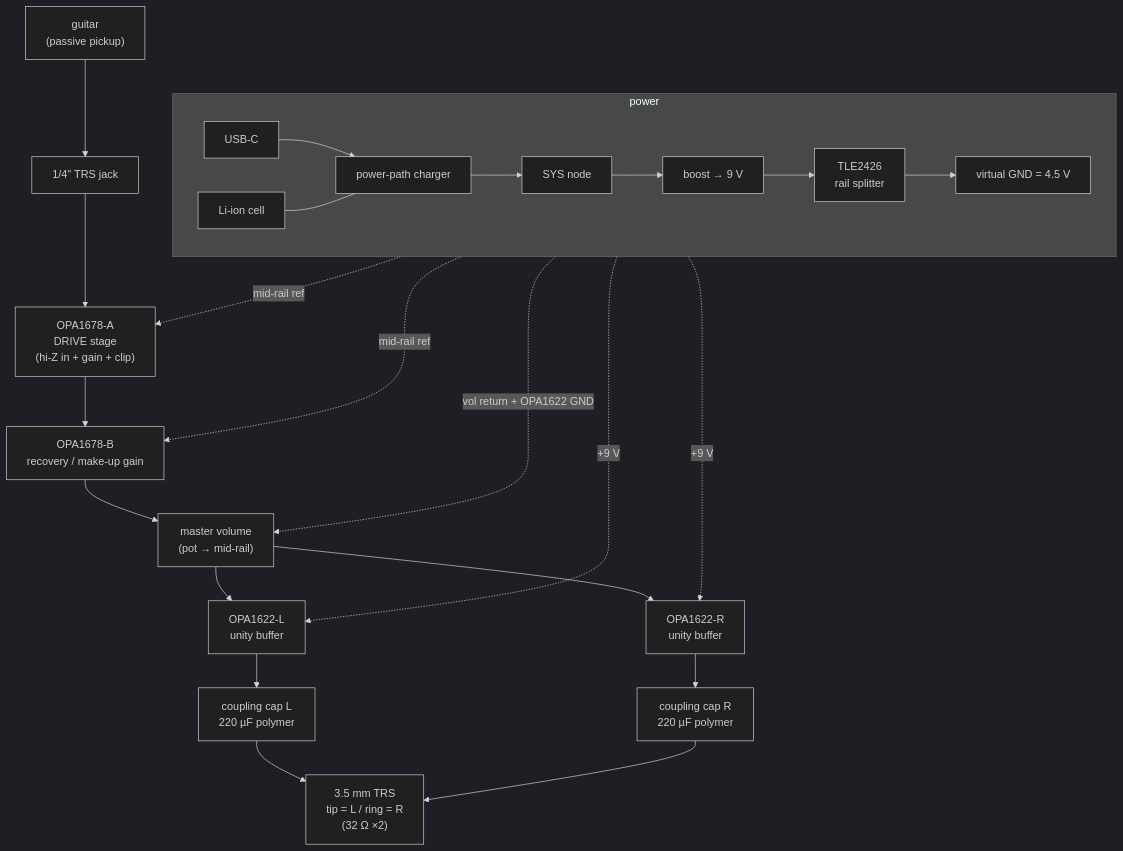
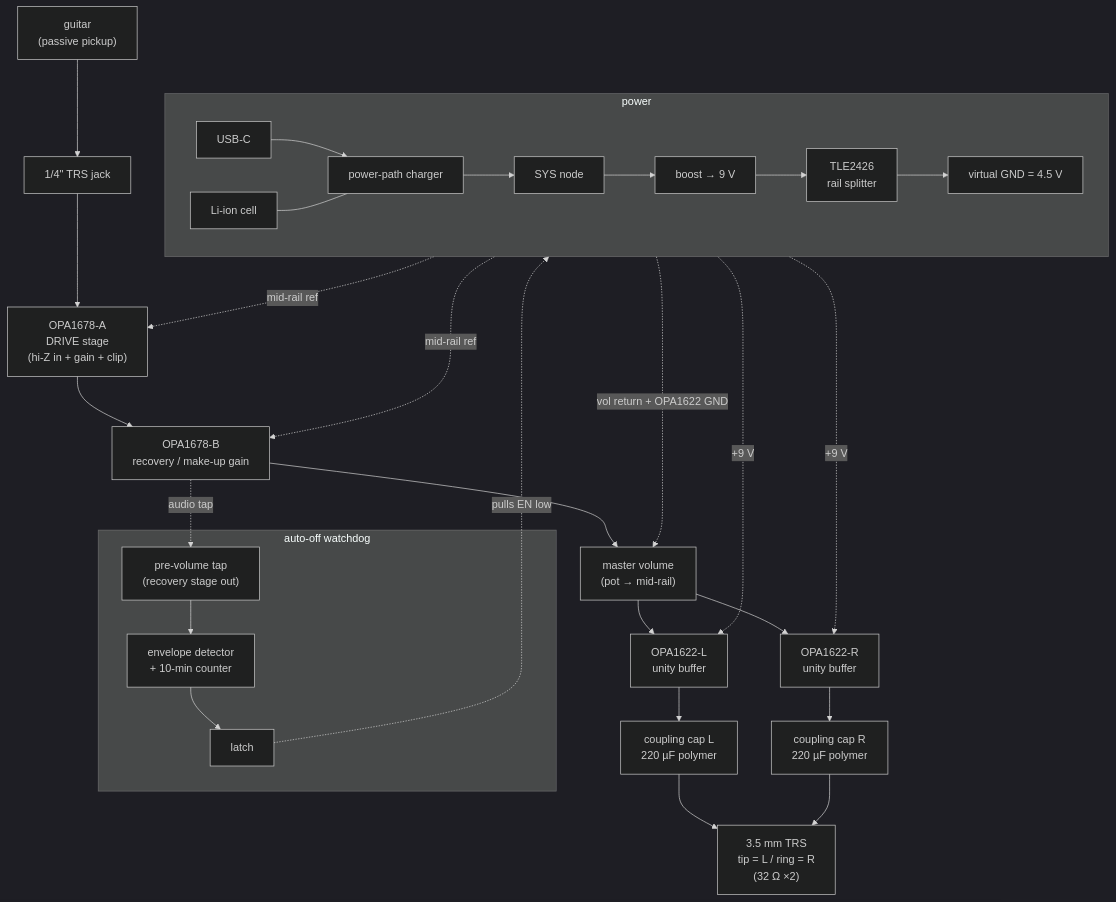
The first of 3 diagrams in notes/Guitar Headphone Amp/Guitar-Headphone-Amp-Theory-of-Operation.md (DSeabra/headphone_amp), drawn with Mermaid (dark theme) before and after one commit. The commit also changed other lines of this file and 11 other files, not shown here.

````diff
--- a/notes/Guitar Headphone Amp/Guitar-Headphone-Amp-Theory-of-Operation.md
+++ b/notes/Guitar Headphone Amp/Guitar-Headphone-Amp-Theory-of-Operation.md
@@ -21,27 +20,34 @@
 ```mermaid
 flowchart TB
     G["guitar<br/>(passive pickup)"] --> IN["1/4&quot; TRS jack"]
     IN --> DRV["OPA1678-A<br/>DRIVE stage<br/>(hi-Z in + gain + clip)"]
     DRV --> REC["OPA1678-B<br/>recovery / make-up gain"]
     REC --> MV["master volume<br/>(pot → mid-rail)"]
     MV --> BL["OPA1622-L<br/>unity buffer"]
     MV --> BR["OPA1622-R<br/>unity buffer"]
     BL --> CL["coupling cap L<br/>220 µF polymer"]
     BR --> CR["coupling cap R<br/>220 µF polymer"]
     CL --> HP["3.5 mm TRS<br/>tip = L / ring = R<br/>(32 Ω ×2)"]
     CR --> HP
 
     subgraph PWR [power]
       direction LR
       USB["USB-C"] --> CHG["power-path charger"] --> SYS["SYS node"]
       CELL["Li-ion cell"] --- CHG
       SYS --> BST["boost → 9 V"] --> SPL["TLE2426<br/>rail splitter"]
       SPL --> MID["virtual GND = 4.5 V"]
     end
 
     MID -.mid-rail ref.-> DRV
     MID -.mid-rail ref.-> REC
     MID -.vol return + OPA1622 GND.-> MV
     BST -.+9 V.-> BL
     BST -.+9 V.-> BR
+
+    subgraph WD [auto-off watchdog]
+      TAP["pre-volume tap<br/>(recovery stage out)"] --> ENV["envelope detector<br/>+ 10-min counter"]
+      ENV --> LATCH["latch"]
+    end
+    REC -.audio tap.-> TAP
+    LATCH -.pulls EN low.-> BST
 ```
````
